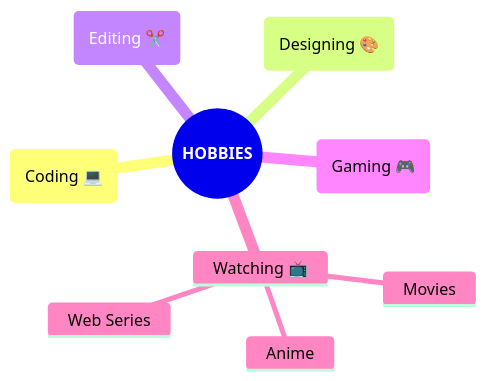
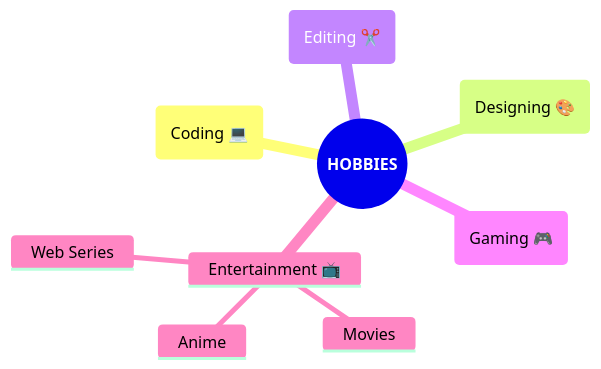
One commit to Dark-Vinaal/Dark-Vinaal changed the first of 3 diagrams in README.md. Above: the diagram before and after it, drawn with Mermaid.

Commit message:
Update 'Watching' to 'Entertainment' in README

````diff
--- a/README.md
+++ b/README.md
@@ -65,12 +65,12 @@
 ```mermaid
 mindmap
   root((<b>HOBBIES</b>))
     (Coding 💻)
     (Designing 🎨)
     (Editing ✂️)
     (Gaming 🎮)
-    Watching 📺
+    Entertainment 📺
       Movies
       Web Series
       Anime
 ```
````
